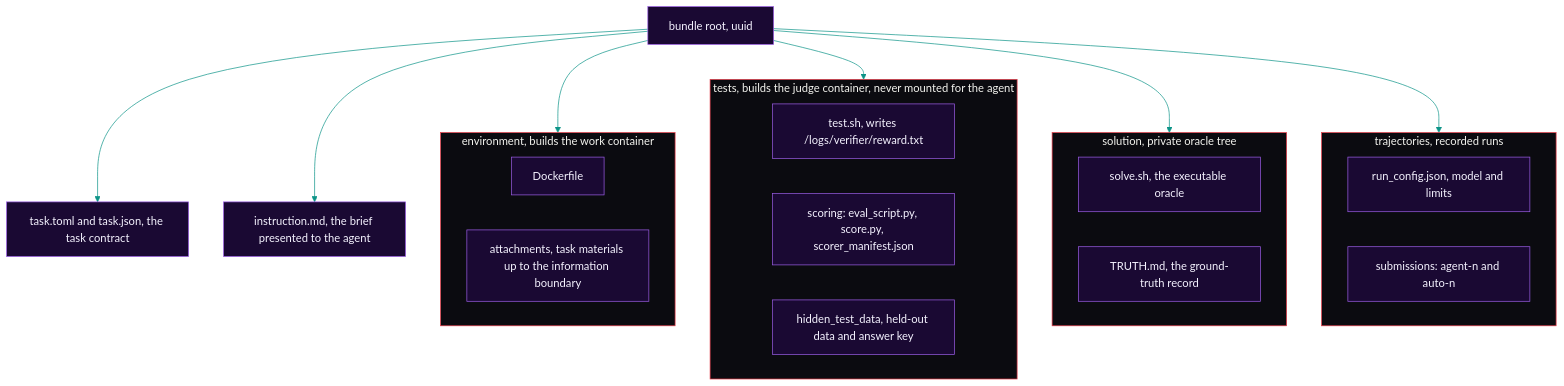
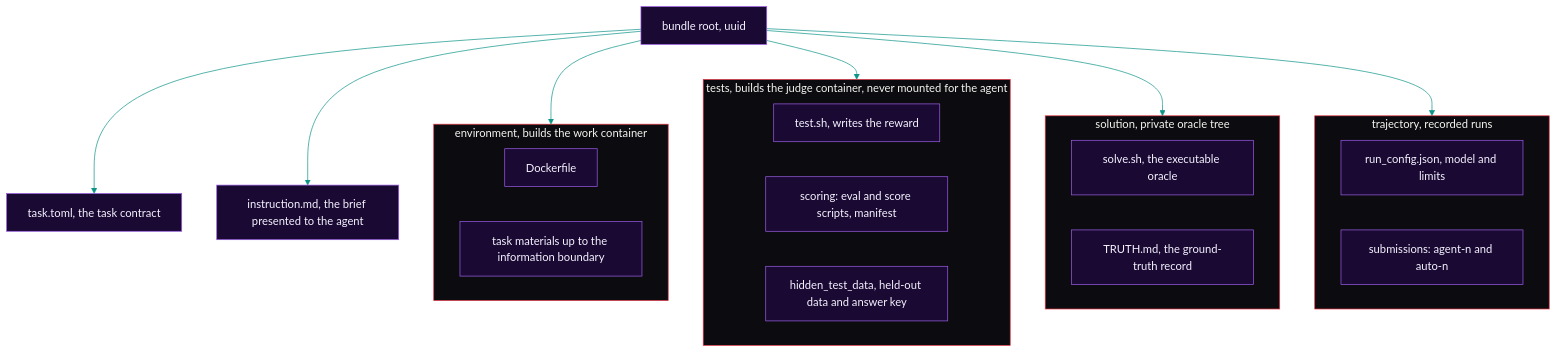
Before and after one commit to EtharaOrion/mephisto-samples: the first of 2 diagrams in README.md, drawn with Mermaid. The commit also changed other lines of this file and 742 other files, not shown here.

````diff
--- a/README.md
+++ b/README.md
@@ -82,27 +114,27 @@
 ```mermaid
 %%{init: {"theme":"base","themeVariables":{"primaryColor":"#1A0933","primaryTextColor":"#F5F3FF","primaryBorderColor":"#9B5DE5","lineColor":"#0D9488","textColor":"#9B5DE5","secondaryColor":"#0B0B10","tertiaryColor":"#0B0B10","clusterBkg":"#0B0B10","clusterBorder":"#E63946","fontFamily":"Helvetica Neue, Arial, sans-serif"}} }%%
 flowchart TD
     subgraph E["environment, builds the work container"]
         E1["Dockerfile"]
-        E2["attachments, task materials up to the information boundary"]
+        E2["task materials up to the information boundary"]
     end
     subgraph T["tests, builds the judge container, never mounted for the agent"]
-        T1["test.sh, writes /logs/verifier/reward.txt"]
-        T2["scoring: eval_script.py, score.py, scorer_manifest.json"]
+        T1["test.sh, writes the reward"]
+        T2["scoring: eval and score scripts, manifest"]
         T3["hidden_test_data, held-out data and answer key"]
     end
     subgraph S["solution, private oracle tree"]
         S1["solve.sh, the executable oracle"]
         S2["TRUTH.md, the ground-truth record"]
     end
-    subgraph J["trajectories, recorded runs"]
+    subgraph J["trajectory, recorded runs"]
         J1["run_config.json, model and limits"]
         J2["submissions: agent-n and auto-n"]
     end
-    U["bundle root, uuid"] --> C["task.toml and task.json, the task contract"]
+    U["bundle root, uuid"] --> C["task.toml, the task contract"]
     U --> I["instruction.md, the brief presented to the agent"]
     U --> E
     U --> T
     U --> S
     U --> J
 ```
````
